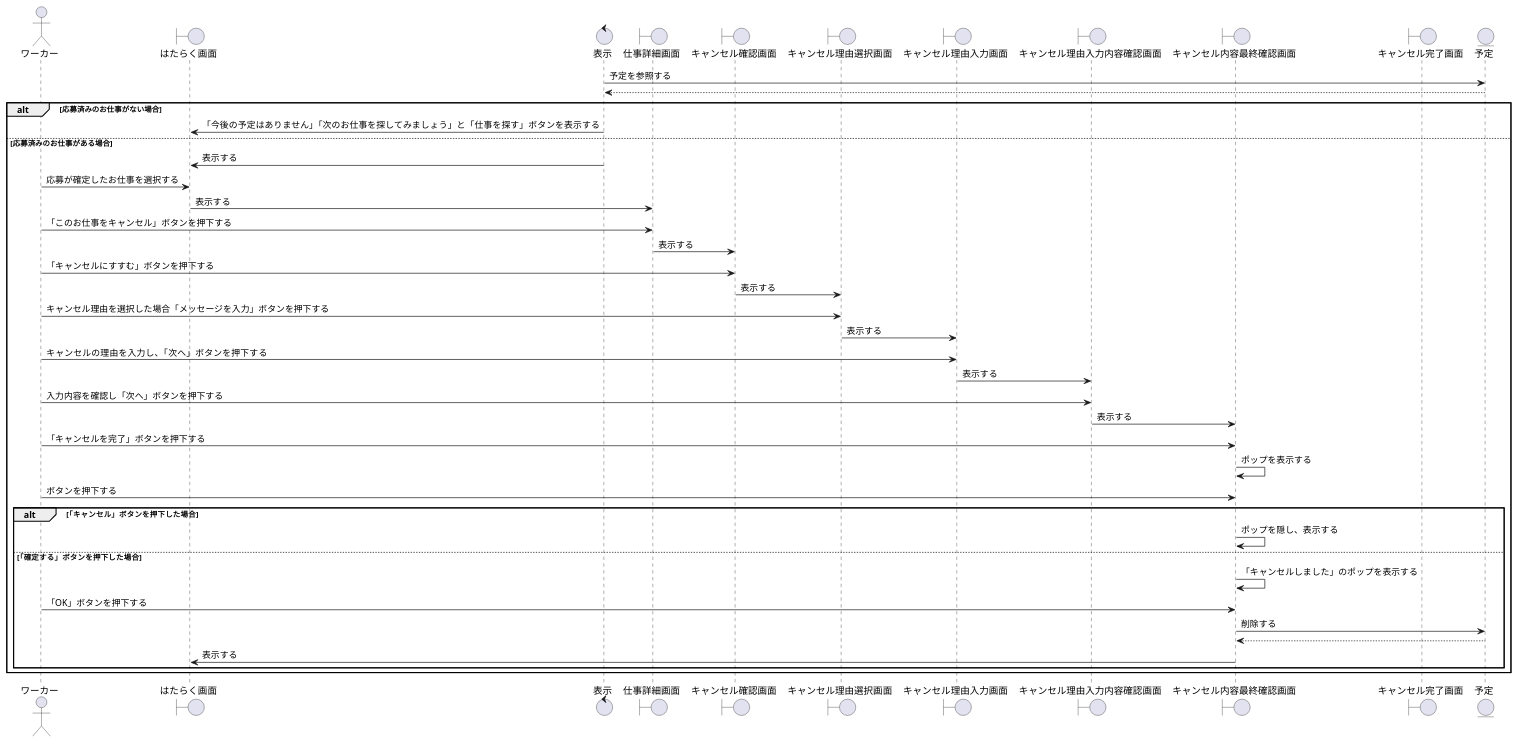
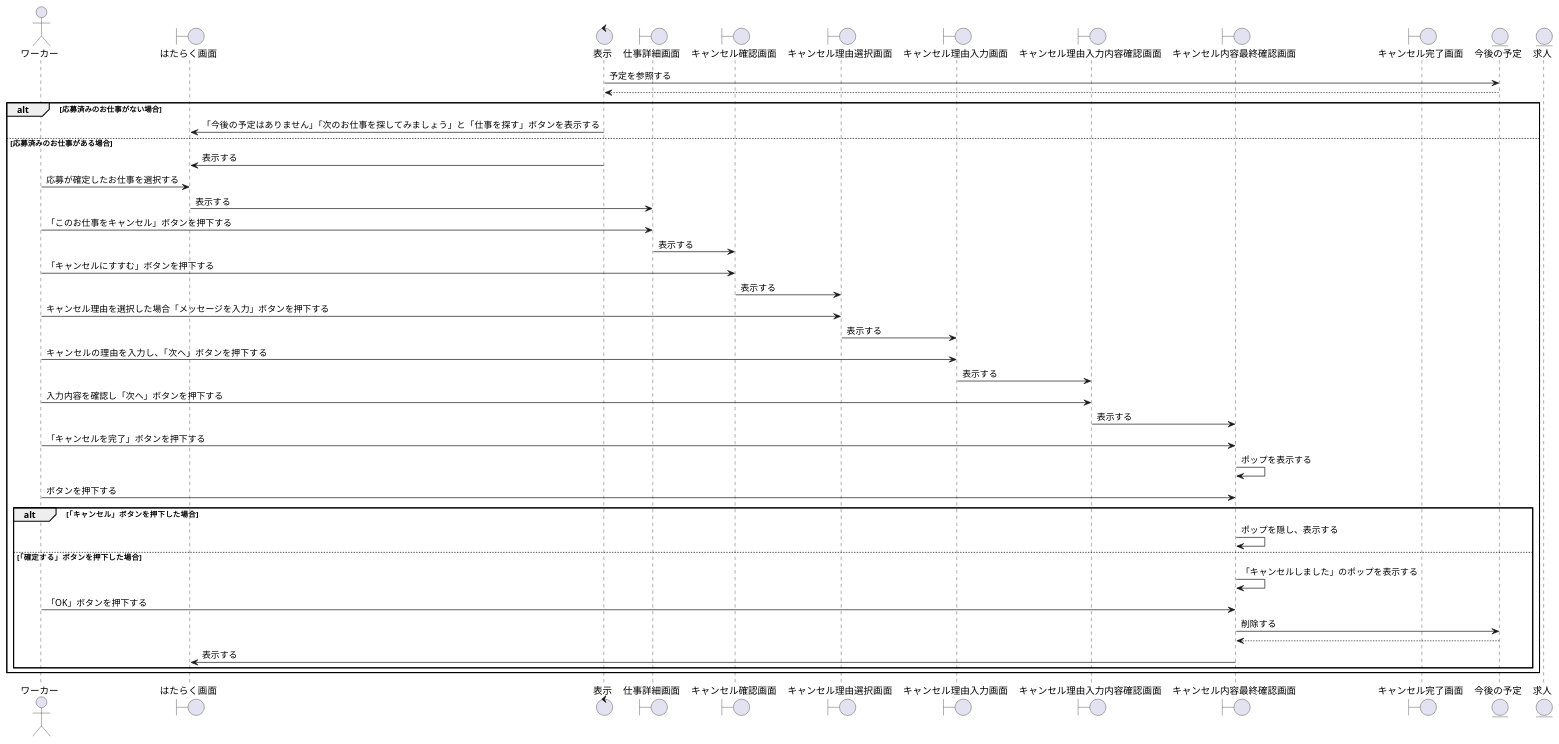
One commit to irukacb256/high_Me changed the diagram in sequence_fig/4_business_fn/4_仕事をキャンセルする.pu. Above: the diagram before and after it, drawn with PlantUML. The commit also changed 39 other files, not shown here.

```diff
--- a/sequence_fig/4_business_fn/4_仕事をキャンセルする.pu
+++ b/sequence_fig/4_business_fn/4_仕事をキャンセルする.pu
@@ -1,52 +1,53 @@
 @startuml お仕事をキャンセルする
 
 actor ワーカー as wo1
 boundary はたらく画面 as wk1
 control 表示 as co1
 
 boundary 仕事詳細画面 as jsd1
 boundary キャンセル確認画面 as cnf1
 boundary キャンセル理由選択画面 as crs1
 boundary キャンセル理由入力画面 as cri1
 boundary キャンセル理由入力内容確認画面 as cfc1
 boundary キャンセル内容最終確認画面 as cfc2
 boundary キャンセル完了画面 as cmp1
-entity 予定 as en1
+entity 今後の予定 as en1
+entity 求人 as jb1
 
 co1 -> en1 : 予定を参照する
 en1 --> co1
 alt 応募済みのお仕事がない場合
     co1 -> wk1 : 「今後の予定はありません」「次のお仕事を探してみましょう」と「仕事を探す」ボタンを表示する
 else 応募済みのお仕事がある場合
     co1 -> wk1 : 表示する
     wo1 -> wk1 : 応募が確定したお仕事を選択する
     wk1 -> jsd1 :表示する
     wo1 -> jsd1 : 「このお仕事をキャンセル」ボタンを押下する
     jsd1 -> cnf1 : 表示する
     wo1 -> cnf1 : 「キャンセルにすすむ」ボタンを押下する
     cnf1 -> crs1 : 表示する
     wo1 -> crs1 : キャンセル理由を選択した場合「メッセージを入力」ボタンを押下する
     crs1 -> cri1 : 表示する
     wo1 -> cri1 : キャンセルの理由を入力し、「次へ」ボタンを押下する
     cri1 -> cfc1 : 表示する
     wo1 -> cfc1 : 入力内容を確認し「次へ」ボタンを押下する
     cfc1 -> cfc2 : 表示する
     wo1 -> cfc2 : 「キャンセルを完了」ボタンを押下する
     cfc2 -> cfc2 : ポップを表示する
     wo1 -> cfc2 : ボタンを押下する
     alt 「キャンセル」ボタンを押下した場合
         cfc2 -> cfc2 : ポップを隠し、表示する
     else 「確定する」ボタンを押下した場合
         cfc2 -> cfc2 :「キャンセルしました」のポップを表示する
         wo1 -> cfc2 : 「OK」ボタンを押下する
         cfc2 -> en1 : 削除する
         cfc2 <-- en1
         cfc2 -> wk1 : 表示する
     end 
 end 
 
 
 
 
 
 @enduml
```
